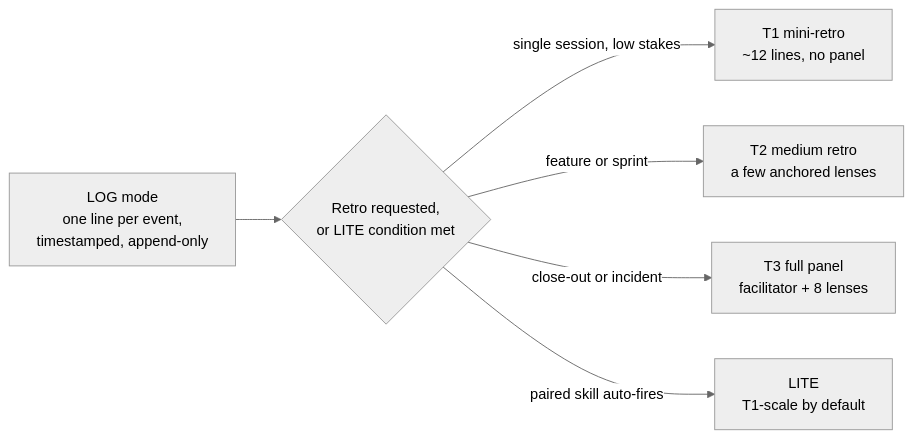
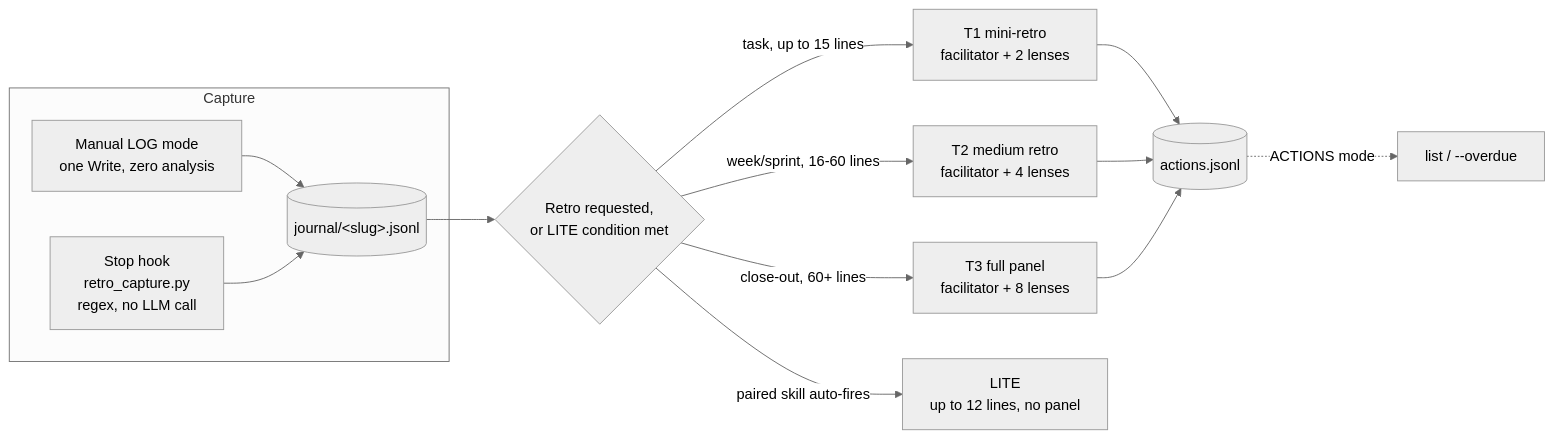
The diagram in retrospective/README.md (AdiMendelowitz/instrumented_skills), drawn with Mermaid (neutral theme) before and after one commit. The commit also changed other lines of this file and 16 other files, not shown here.

````diff
--- a/retrospective/README.md
+++ b/retrospective/README.md
@@ -20,8 +23,16 @@
 ```mermaid
 flowchart LR
-    L[LOG mode<br/>one line per event,<br/>timestamped, append-only] --> Trigger{Retro requested,<br/>or LITE condition met}
-    Trigger -->|single session, low stakes| T1[T1 mini-retro<br/>~12 lines, no panel]
-    Trigger -->|feature or sprint| T2[T2 medium retro<br/>a few anchored lenses]
-    Trigger -->|close-out or incident| T3[T3 full panel<br/>facilitator + 8 lenses]
-    Trigger -->|paired skill auto-fires| LITE[LITE<br/>T1-scale by default]
+    subgraph Capture
+    M[Manual LOG mode<br/>one Write, zero analysis] --> J[(journal/&lt;slug&gt;.jsonl)]
+    H[Stop hook<br/>retro_capture.py<br/>regex, no LLM call] --> J
+    end
+    J --> Trigger{Retro requested,<br/>or LITE condition met}
+    Trigger -->|task, up to 15 lines| T1[T1 mini-retro<br/>facilitator + 2 lenses]
+    Trigger -->|week/sprint, 16-60 lines| T2[T2 medium retro<br/>facilitator + 4 lenses]
+    Trigger -->|close-out, 60+ lines| T3[T3 full panel<br/>facilitator + 8 lenses]
+    Trigger -->|paired skill auto-fires| LITE[LITE<br/>up to 12 lines, no panel]
+    T1 --> AJ[(actions.jsonl)]
+    T2 --> AJ
+    T3 --> AJ
+    AJ -.->|ACTIONS mode| Q[list / --overdue]
 ```
````
